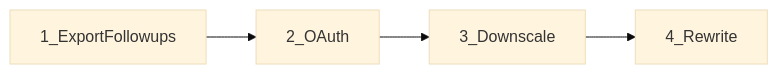
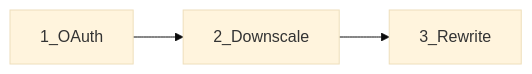
The diagram in docs/ROADMAP_PLAN.md (mixeme/imap-scrub), drawn with Mermaid (base theme) before and after one commit. The commit also changed other lines of this file, not shown here.

Commit message:
docs: drop shipped export_mailbox follow-ups from roadmap plan

````diff
--- a/docs/ROADMAP_PLAN.md
+++ b/docs/ROADMAP_PLAN.md
@@ -5,6 +7,5 @@
 ```mermaid
 flowchart LR
-  export[1_ExportFollowups] --> oauth[2_OAuth]
-  oauth --> downscale[3_Downscale]
-  downscale --> rewrite[4_Rewrite]
+  oauth[1_OAuth] --> downscale[2_Downscale]
+  downscale --> rewrite[3_Rewrite]
 ```
````
